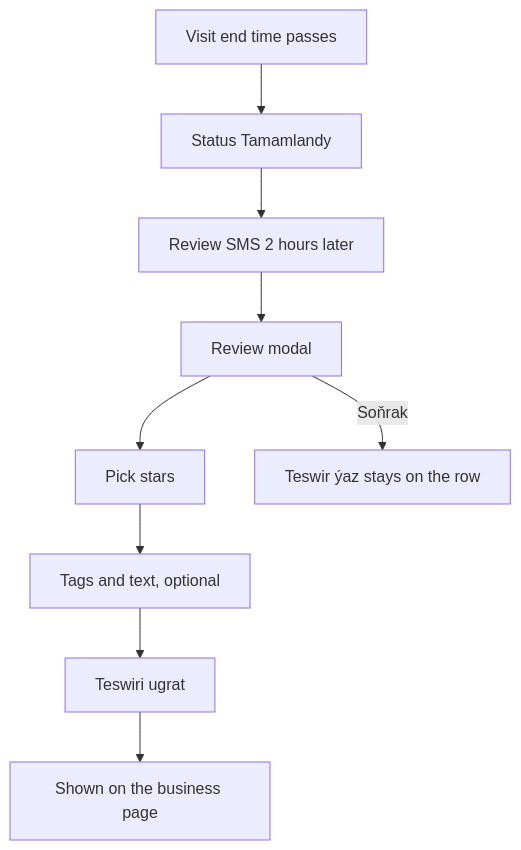
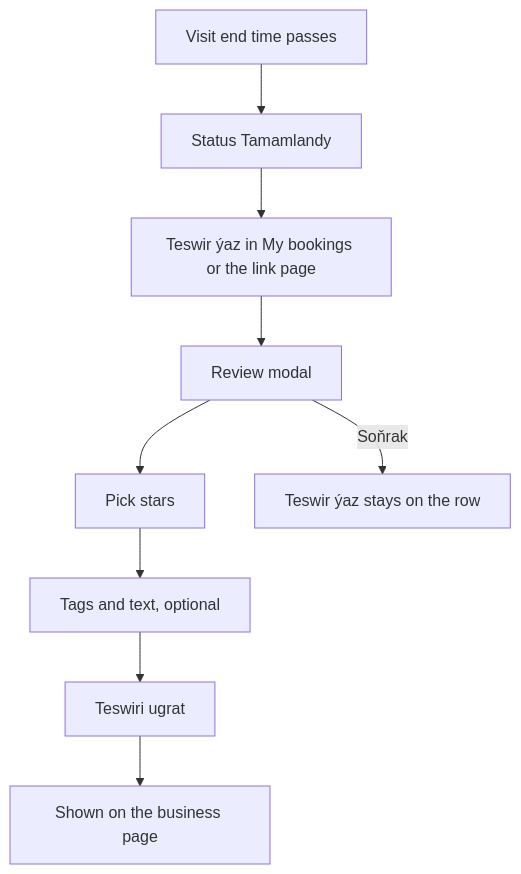
Diagram 35 of 50 in docs/product/07a-flows-client.md (azamatos/yeral), drawn with Mermaid before and after one commit. The commit also changed other lines of this file and 21 other files, not shown here.

````diff
--- a/docs/product/07a-flows-client.md
+++ b/docs/product/07a-flows-client.md
@@ -1272,11 +1323,11 @@
 ```mermaid
 flowchart TD
   A["Visit end time passes"] --> B["Status Tamamlandy"]
-  B --> C["Review SMS 2 hours later"]
+  B --> C["Teswir ýaz in My bookings or the link page"]
   C --> D["Review modal"]
   D --> E["Pick stars"]
   E --> F["Tags and text, optional"]
   F --> G["Teswiri ugrat"]
   G --> H["Shown on the business page"]
   D -->|"Soňrak"| I["Teswir ýaz stays on the row"]
 ```
````
